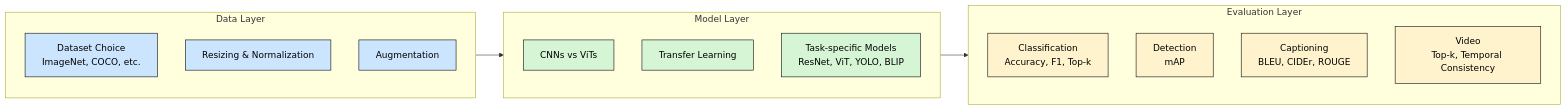
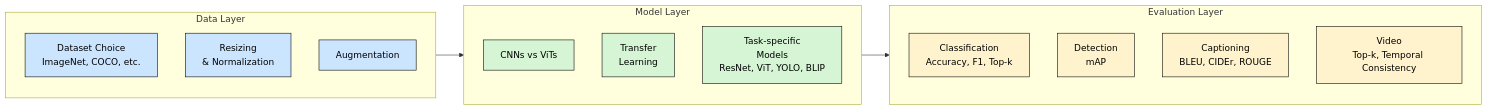
Before and after one commit to MariaAise/dl_intro: the diagram in docs/day2/cv_general.md, drawn with Mermaid.

````diff
--- a/docs/day2/cv_general.md
+++ b/docs/day2/cv_general.md
@@ -13,30 +13,30 @@
 ```mermaid
 flowchart LR
     subgraph DataLayer[Data Layer]
         A1[Dataset Choice<br/> ImageNet, COCO, etc.]
-        A2[Resizing & Normalization]
+        A2[Resizing <br/> & Normalization]
         A3[Augmentation]
     end
 
     subgraph ModelLayer[Model Layer]
         B1[CNNs vs ViTs]
-        B2[Transfer Learning]
-        B3[Task-specific Models<br/> ResNet, ViT, YOLO, BLIP]
+        B2[Transfer <br/> Learning]
+        B3[Task-specific <br/> Models<br/> ResNet, ViT, YOLO, BLIP]
     end
 
     subgraph EvalLayer[Evaluation Layer]
         C1[Classification<br/> Accuracy, F1, Top-k]
         C2[Detection<br/> mAP]
         C3[Captioning<br/>BLEU, CIDEr, ROUGE]
         C4[Video<br/>Top-k, Temporal Consistency]
     end
 
     DataLayer --> ModelLayer --> EvalLayer
 
     class A1,A2,A3 data
     class B1,B2,B3 model
     class C1,C2,C3,C4 eval
     classDef data fill:#cce5ff,stroke:#000,color:#000;
     classDef model fill:#d5f5d5,stroke:#000,color:#000;
     classDef eval fill:#fff3cd,stroke:#000,color:#000;
 ```
````
